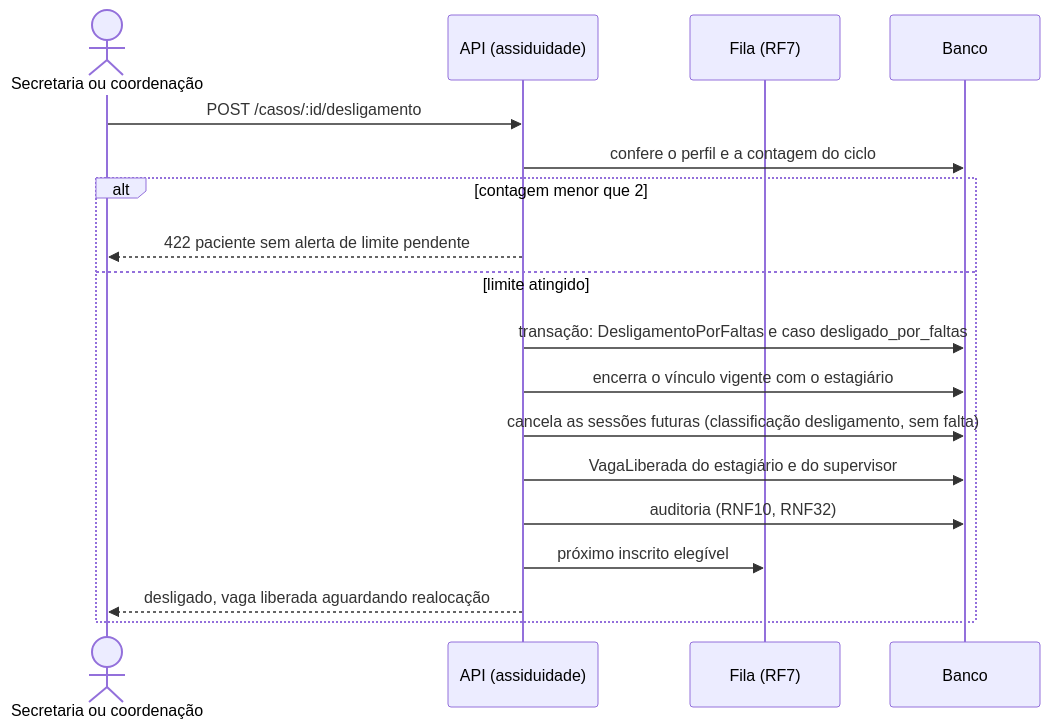
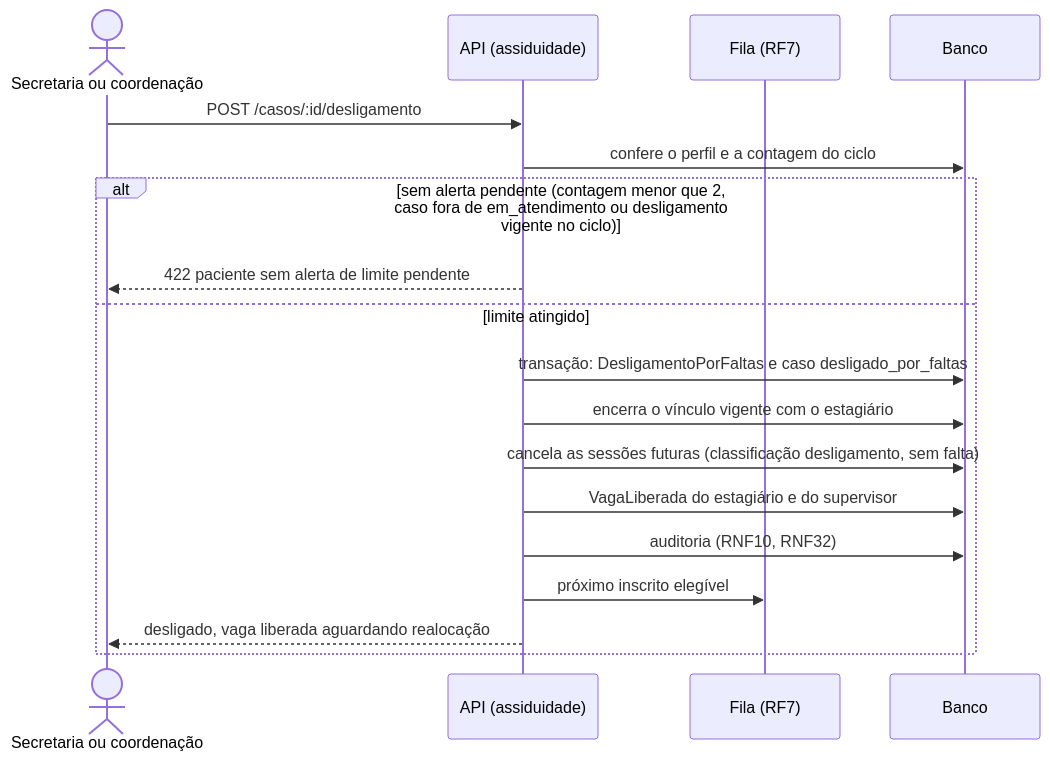
Before and after one commit to mdsreq-fga-unb/REQ-2026.2-T02-ClinicaEscolaFBr: diagram 23 of 24 in documentacao/docs/unidade-3/projeto-features-ciclo-4.md, drawn with Mermaid. The commit also changed other lines of this file and 3 other files, not shown here.

````diff
--- a/documentacao/docs/unidade-3/projeto-features-ciclo-4.md
+++ b/documentacao/docs/unidade-3/projeto-features-ciclo-4.md
@@ -953,20 +967,20 @@
 ```mermaid
 sequenceDiagram
     actor U as Secretaria ou coordenação
     participant A as API (assiduidade)
     participant F as Fila (RF7)
     participant DB as Banco
     U->>A: POST /casos/:id/desligamento
     A->>DB: confere o perfil e a contagem do ciclo
-    alt contagem menor que 2
+    alt sem alerta pendente (contagem menor que 2, caso fora de em_atendimento ou desligamento vigente no ciclo)
         A-->>U: 422 paciente sem alerta de limite pendente
     else limite atingido
         A->>DB: transação: DesligamentoPorFaltas e caso desligado_por_faltas
         A->>DB: encerra o vínculo vigente com o estagiário
         A->>DB: cancela as sessões futuras (classificação desligamento, sem falta)
         A->>DB: VagaLiberada do estagiário e do supervisor
         A->>DB: auditoria (RNF10, RNF32)
         A->>F: próximo inscrito elegível
         A-->>U: desligado, vaga liberada aguardando realocação
     end
 ```
````
